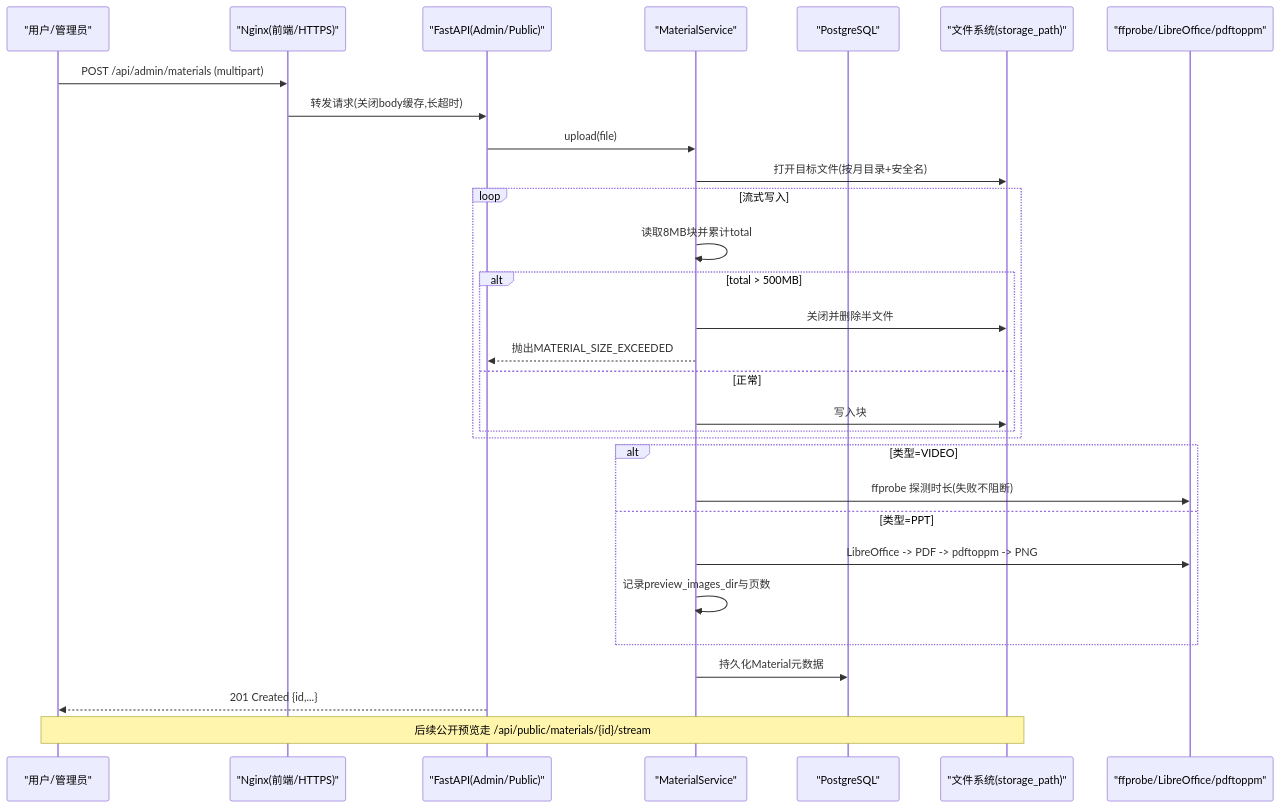
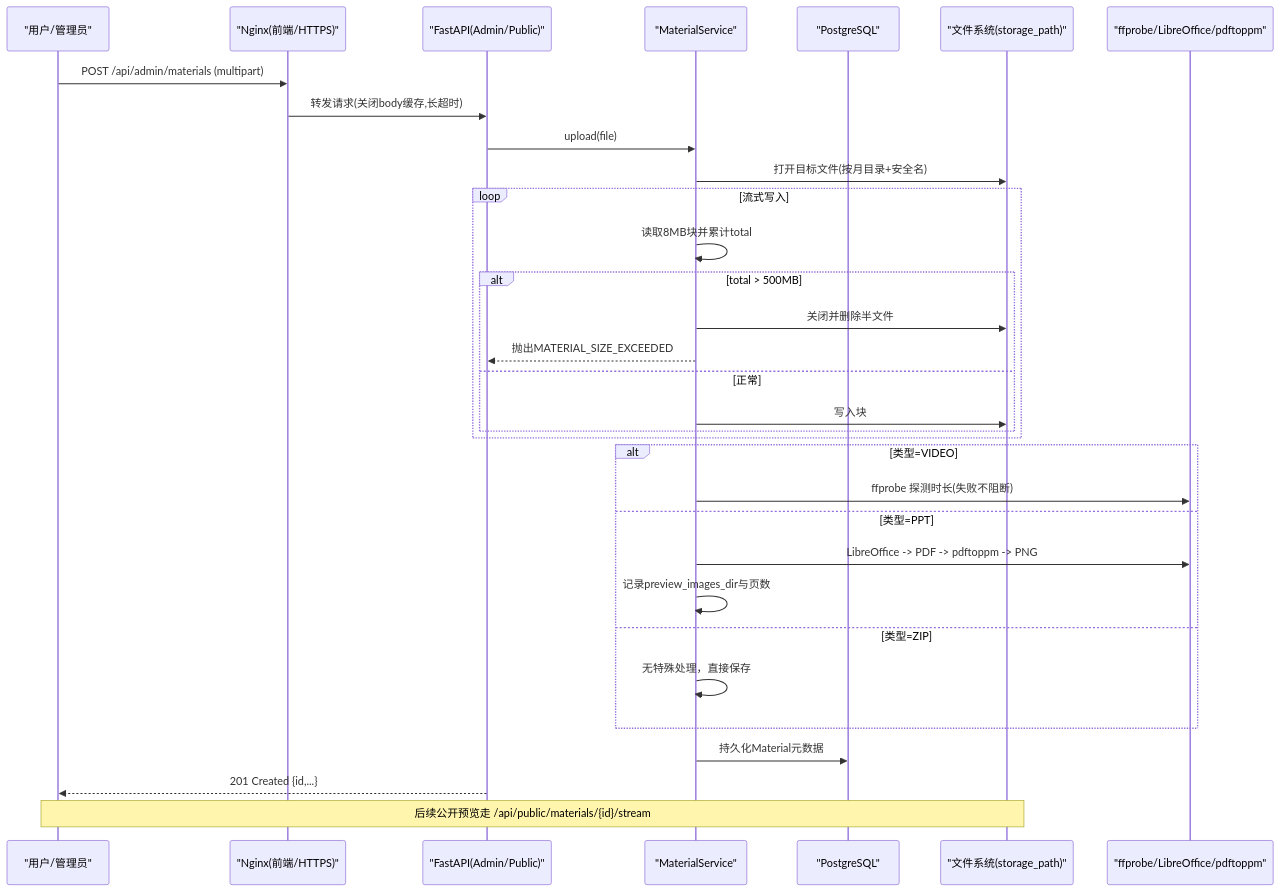
One commit to leo21cn/ai-learning-hub changed the second of 6 diagrams in .qoder/repowiki/zh/content/核心功能详解/多媒体处理系统/文件上传与存储.md. Above: the diagram before and after it, drawn with Mermaid. The commit also changed other lines of this file and 41 other files, not shown here.

````diff
--- a/.qoder/repowiki/zh/content/核心功能详解/多媒体处理系统/文件上传与存储.md
+++ b/.qoder/repowiki/zh/content/核心功能详解/多媒体处理系统/文件上传与存储.md
@@ -134,32 +141,34 @@
 ```mermaid
 sequenceDiagram
 participant U as "用户/管理员"
 participant NG as "Nginx(前端/HTTPS)"
 participant API as "FastAPI(Admin/Public)"
 participant Svc as "MaterialService"
 participant DB as "PostgreSQL"
 participant FS as "文件系统(storage_path)"
 participant Tools as "ffprobe/LibreOffice/pdftoppm"
 U->>NG : POST /api/admin/materials (multipart)
 NG->>API : 转发请求(关闭body缓存,长超时)
 API->>Svc : upload(file)
 Svc->>FS : 打开目标文件(按月目录+安全名)
 loop 流式写入
 Svc->>Svc : 读取8MB块并累计total
 alt total > 500MB
 Svc->>FS : 关闭并删除半文件
 Svc-->>API : 抛出MATERIAL_SIZE_EXCEEDED
 else 正常
 Svc->>FS : 写入块
 end
 end
 alt 类型=VIDEO
 Svc->>Tools : ffprobe 探测时长(失败不阻断)
 else 类型=PPT
 Svc->>Tools : LibreOffice -> PDF -> pdftoppm -> PNG
 Svc->>Svc : 记录preview_images_dir与页数
+else 类型=ZIP
+Svc->>Svc : 无特殊处理，直接保存
 end
 Svc->>DB : 持久化Material元数据
 API-->>U : 201 Created {id,...}
 Note over U,FS : 后续公开预览走 /api/public/materials/{id}/stream
 ```
````
